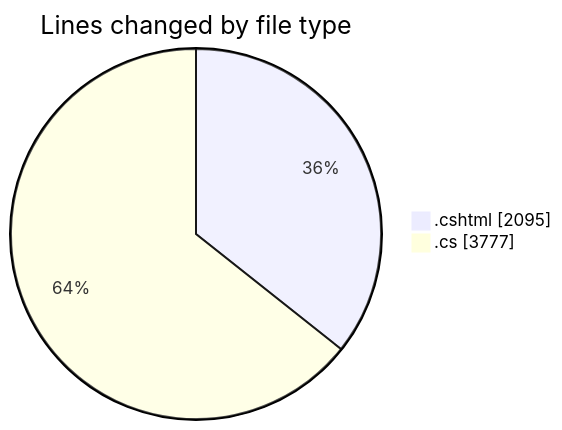
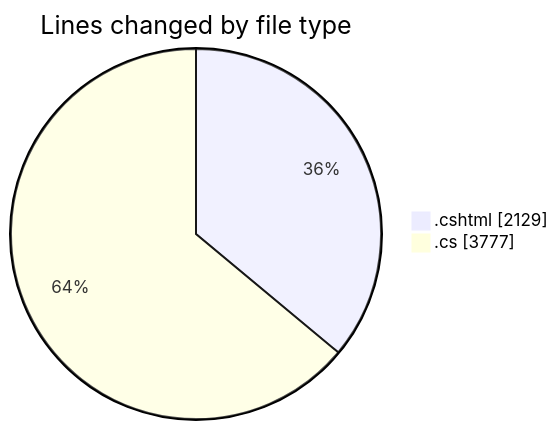
Before and after one commit to lephambinh05/code-tracking: the first of 2 diagrams in 2025-07-17/nhahang/README.md, drawn with Mermaid. The commit also changed other lines of this file and 1 other file, not shown here.

````diff
--- a/2025-07-17/nhahang/README.md
+++ b/2025-07-17/nhahang/README.md
@@ -92,6 +92,6 @@
 ```mermaid
 pie showData
 title Lines changed by file type
-".cshtml" : 2095
+".cshtml" : 2129
 ".cs" : 3777
 ```
````
